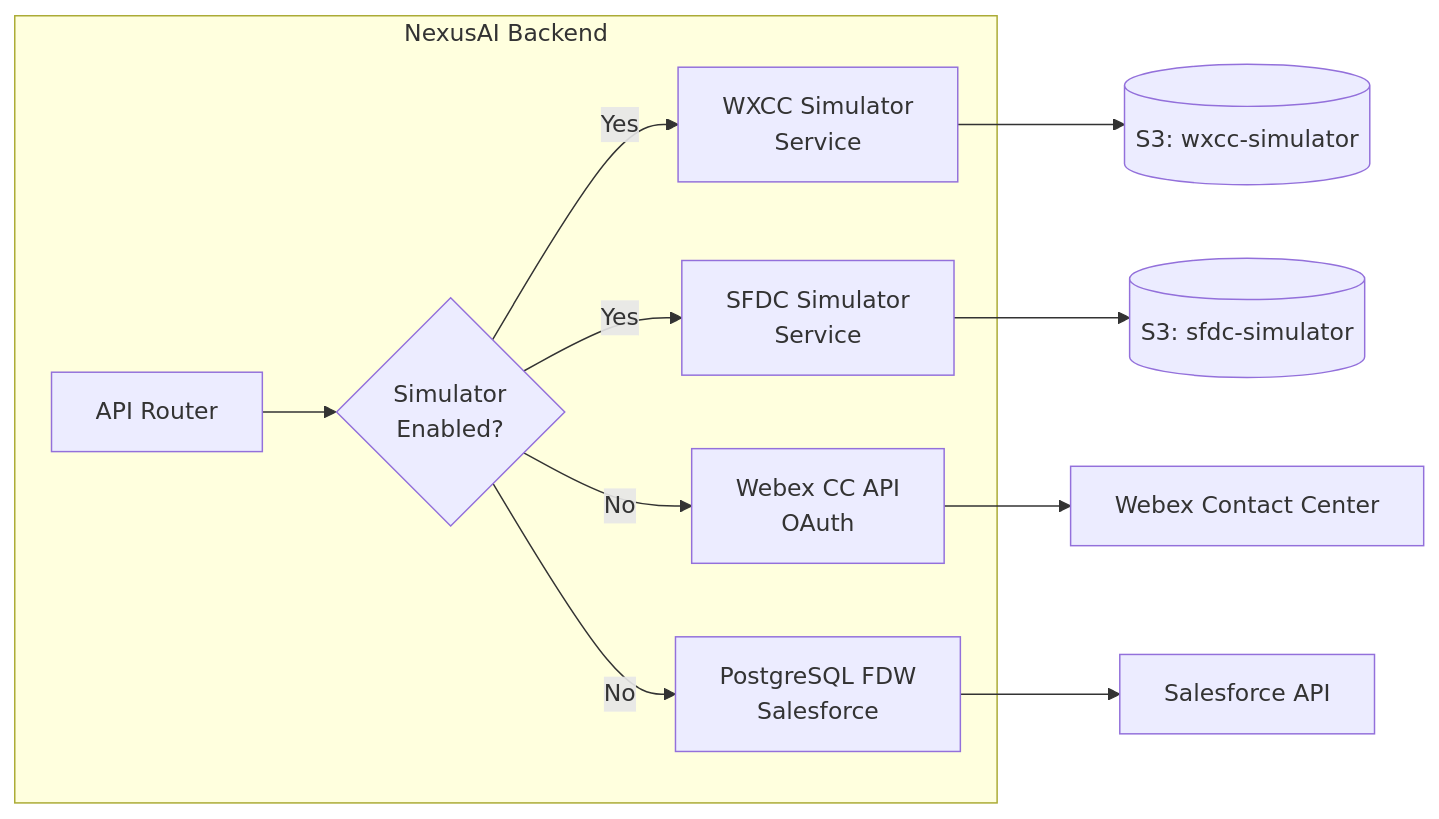
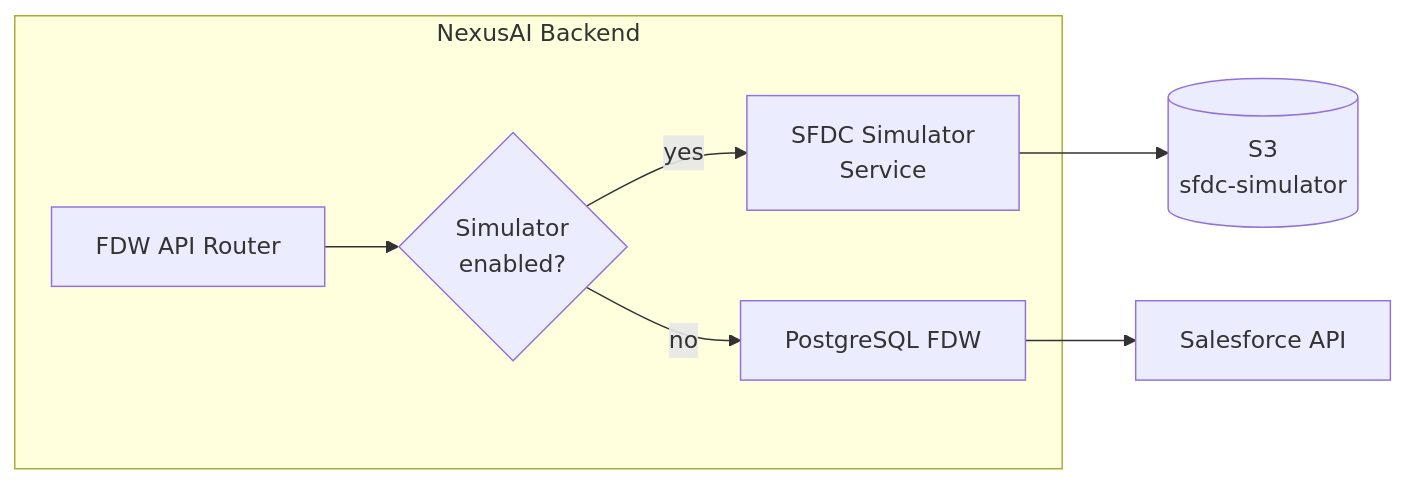
One commit to nexusdataai/nexus-docs changed the diagram in docs/simulators/index.md. Above: the diagram before and after it, drawn with Mermaid. The commit also changed other lines of this file and 11 other files, not shown here.

````diff
--- a/docs/simulators/index.md
+++ b/docs/simulators/index.md
@@ -27,27 +18,18 @@
 ```mermaid
 flowchart LR
     subgraph app [NexusAI Backend]
-        Router[API Router]
-        SimSwitch{Simulator\nEnabled?}
-        RealWXCC[Webex CC API\nOAuth]
-        SimWXCC[WXCC Simulator\nService]
-        RealFDW[PostgreSQL FDW\nSalesforce]
-        SimFDW[SFDC Simulator\nService]
+        Router[FDW API Router]
+        Switch{Simulator<br/>enabled?}
+        Real[PostgreSQL FDW]
+        Sim[SFDC Simulator<br/>Service]
     end
 
-    S3_WXCC[(S3: wxcc-simulator)]
-    S3_SFDC[(S3: sfdc-simulator)]
-    WebexAPI[Webex Contact Center]
-    SalesforceAPI[Salesforce API]
+    S3[(S3<br/>sfdc-simulator)]
+    SFDC[Salesforce API]
 
-    Router --> SimSwitch
-    SimSwitch -->|Yes| SimWXCC
-    SimSwitch -->|Yes| SimFDW
-    SimSwitch -->|No| RealWXCC
-    SimSwitch -->|No| RealFDW
-
-    SimWXCC --> S3_WXCC
-    SimFDW --> S3_SFDC
-    RealWXCC --> WebexAPI
-    RealFDW --> SalesforceAPI
+    Router --> Switch
+    Switch -->|yes| Sim
+    Switch -->|no| Real
+    Sim --> S3
+    Real --> SFDC
 ```
````
